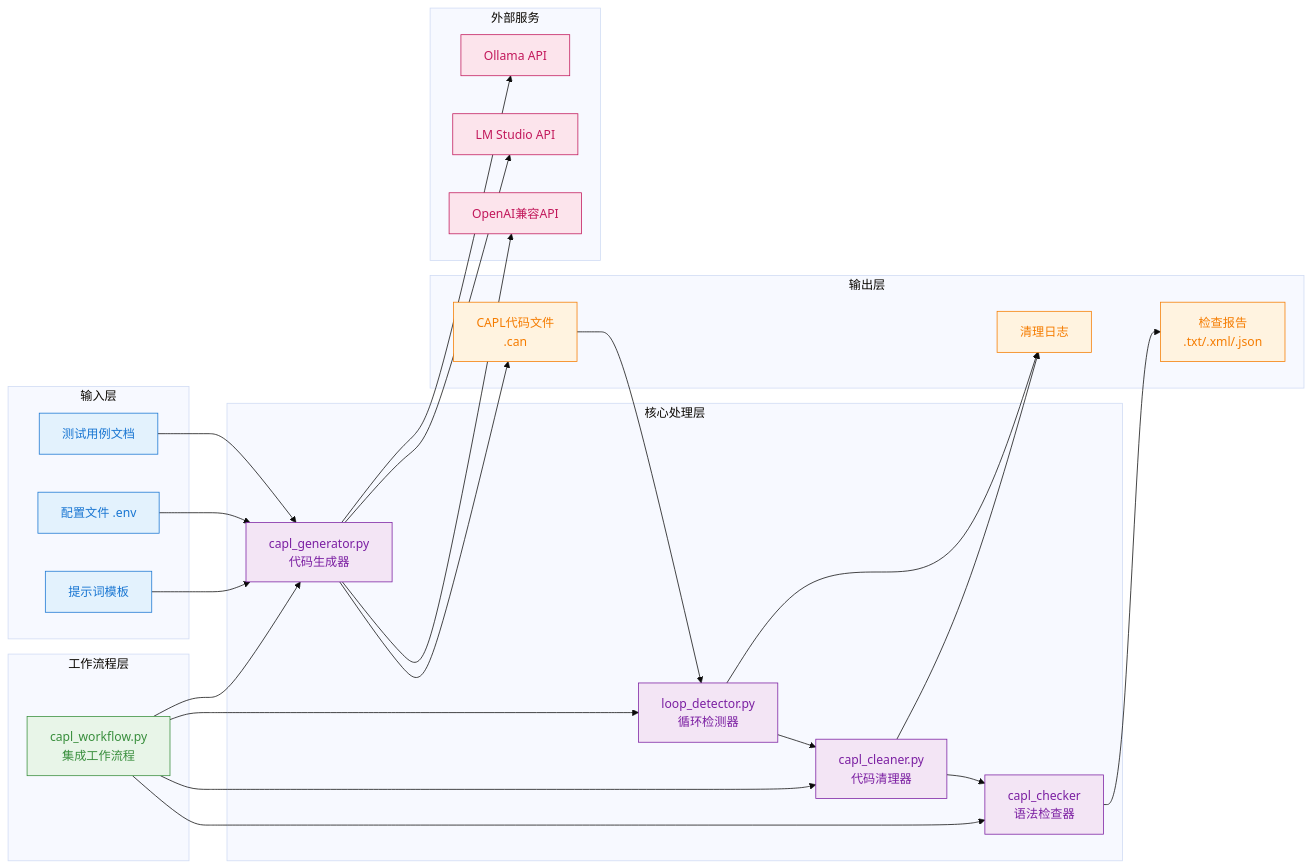
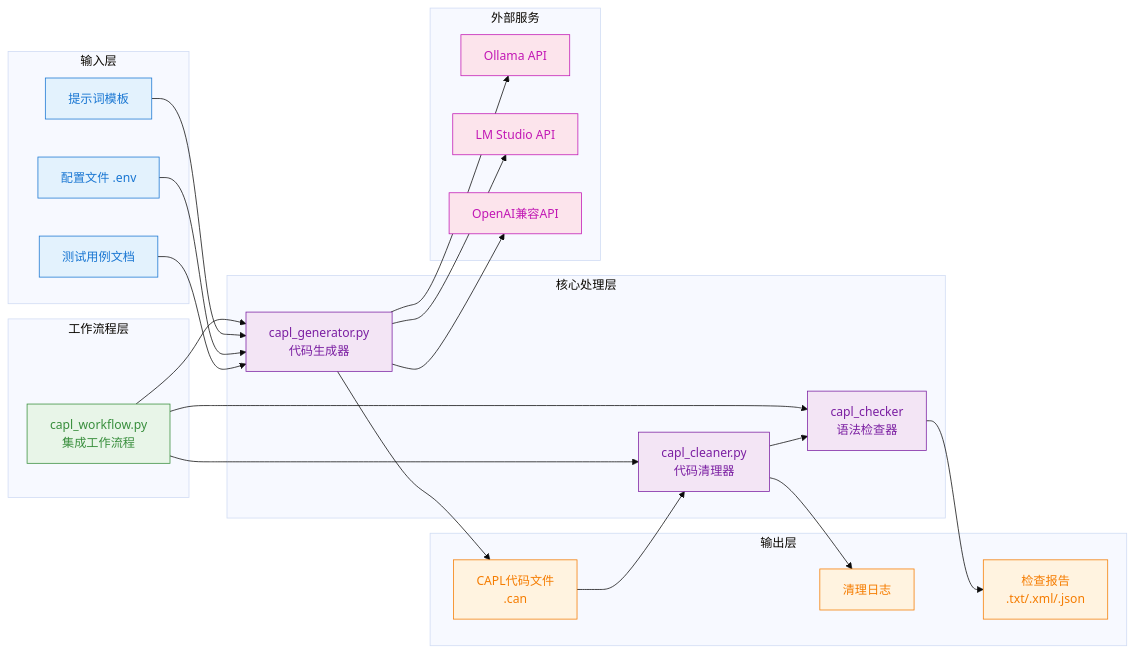
One commit to robertsong2000/testcase_AI_generator changed the second of 5 diagrams in docs/capl_workflow_diagram.md. Above: the diagram before and after it, drawn with Mermaid (base theme). The commit also changed other lines of this file and 1 other file, not shown here.

First line of the commit message:
docs: 移除loop_detector.py相关文档和流程

````diff
--- a/docs/capl_workflow_diagram.md
+++ b/docs/capl_workflow_diagram.md
@@ -57,64 +53,60 @@
 ```mermaid
 graph LR
     subgraph "输入层"
         A1[测试用例文档]
         A2[配置文件 .env]
         A3[提示词模板]
     end
     
     subgraph "核心处理层"
         B1[capl_generator.py<br/>代码生成器]
-        B2[loop_detector.py<br/>循环检测器]
-        B3[capl_cleaner.py<br/>代码清理器]
-        B4[capl_checker<br/>语法检查器]
+        B2[capl_cleaner.py<br/>代码清理器]
+        B3[capl_checker<br/>语法检查器]
     end
     
     subgraph "工作流程层"
         C1[capl_workflow.py<br/>集成工作流程]
     end
     
     subgraph "输出层"
         D1[CAPL代码文件<br/>.can]
         D2[检查报告<br/>.txt/.xml/.json]
         D3[清理日志]
     end
     
     subgraph "外部服务"
         E1[Ollama API]
         E2[LM Studio API]
         E3[OpenAI兼容API]
     end
     
     A1 --> B1
     A2 --> B1
     A3 --> B1
     B1 --> E1
     B1 --> E2
     B1 --> E3
     
     B1 --> D1
     D1 --> B2
     B2 --> B3
-    B3 --> B4
-    B4 --> D2
+    B3 --> D2
     B2 --> D3
-    B3 --> D3
     
     C1 --> B1
     C1 --> B2
     C1 --> B3
-    C1 --> B4
     
     %% 样式定义
     classDef input fill:#e3f2fd,stroke:#1976d2,color:#1976d2
     classDef core fill:#f3e5f5,stroke:#7b1fa2,color:#7b1fa2
     classDef workflow fill:#e8f5e8,stroke:#388e3c,color:#388e3c
     classDef output fill:#fff3e0,stroke:#f57c00,color:#f57c00
-    classDef external fill:#fce4ec,stroke:#c2185b,color:#c2185b
+    classDef external fill:#fce4ec,stroke:#c218b5,color:#c218b5
     
     class A1,A2,A3 input
-    class B1,B2,B3,B4 core
+    class B1,B2,B3 core
     class C1 workflow
     class D1,D2,D3 output
     class E1,E2,E3 external
 ```
````
